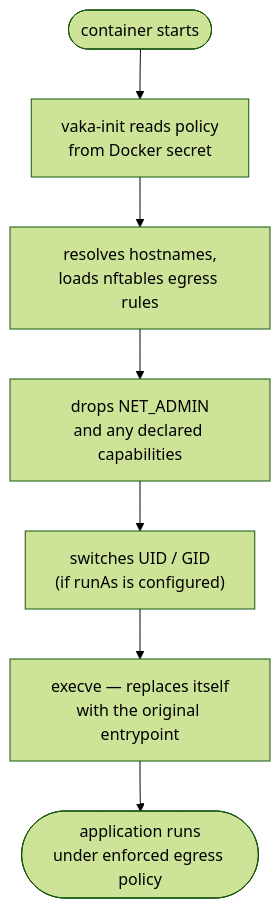
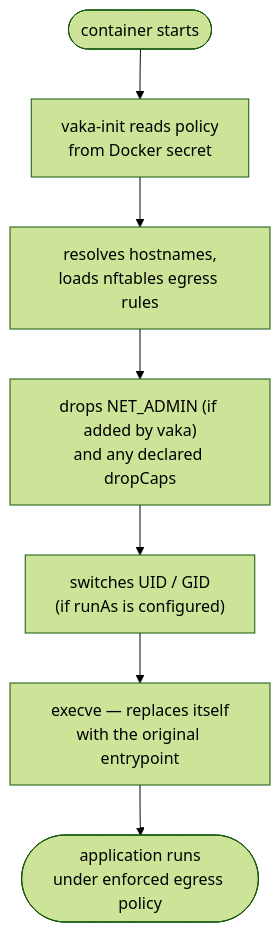
Before and after one commit to infrasecture/vaka: the second of 2 diagrams in README.md, drawn with Mermaid (forest theme). The commit also changed other lines of this file, not shown here.

First line of the commit message:
docs: clarify NET_ADMIN drop is conditional on vaka having added it

````diff
--- a/README.md
+++ b/README.md
@@ -53,9 +53,9 @@
 ```mermaid
 flowchart TB
     s(["container starts"]) --> i["vaka-init reads policy<br/>from Docker secret"]
     i --> f["resolves hostnames,<br/>loads nftables egress rules"]
-    f --> d["drops NET_ADMIN<br/>and any declared capabilities"]
+    f --> d["drops NET_ADMIN (if added by vaka)<br/>and any declared dropCaps"]
     d --> u["switches UID / GID<br/>(if runAs is configured)"]
     u --> e["execve — replaces itself<br/>with the original entrypoint"]
     e --> a(["application runs<br/>under enforced egress policy"])
 ```
````
